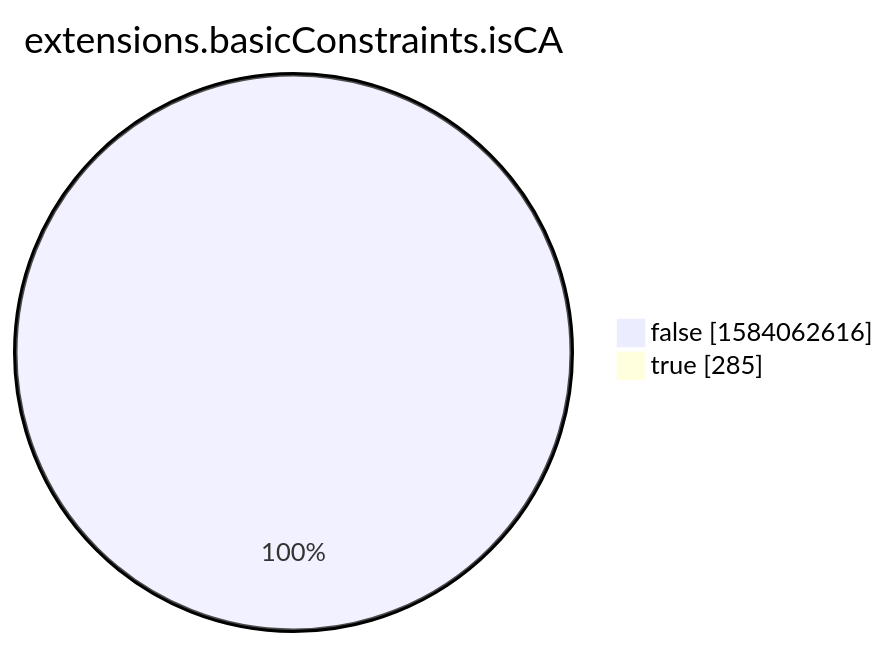
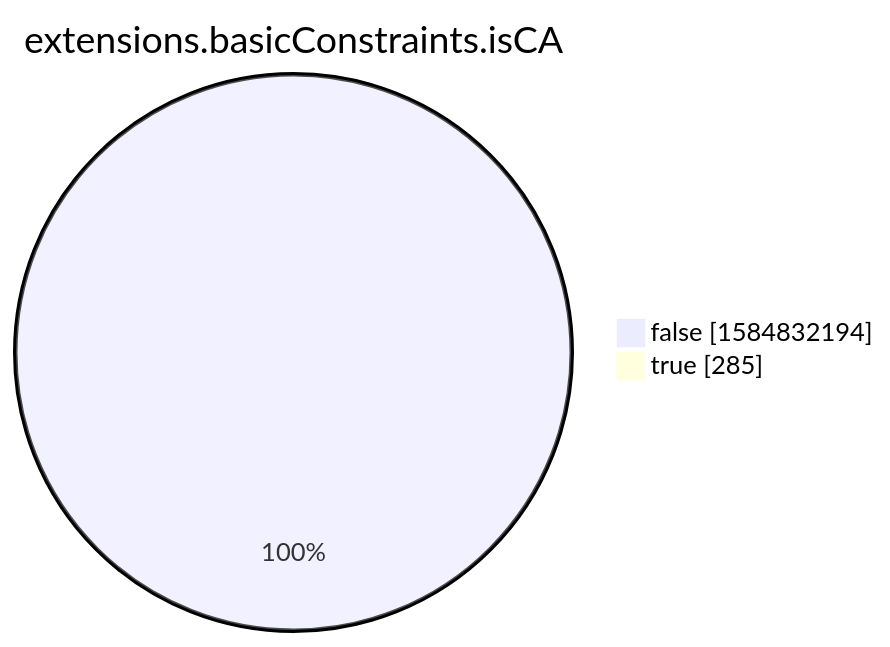
One commit to christiankrug/ctmonitor_visualization changed the eighth of 15 diagrams in xenon2022/README.md. Above: the diagram before and after it, drawn with Mermaid. The commit also changed other lines of this file, not shown here.

````diff
--- a/xenon2022/README.md
+++ b/xenon2022/README.md
@@ -2862,6 +2862,6 @@
 ```mermaid
 pie showData
 title extensions.basicConstraints.isCA
-"false" :1584062616
+"false" :1584832194
 "true" :285
 ```
````
